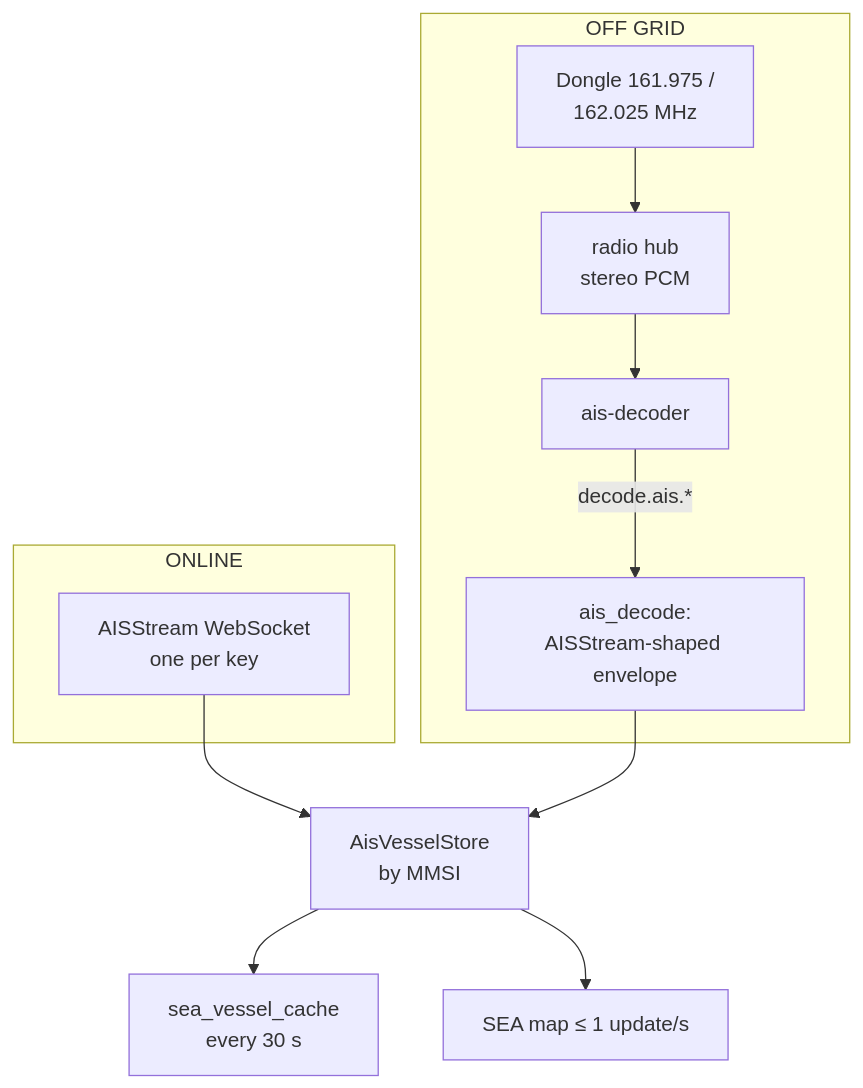
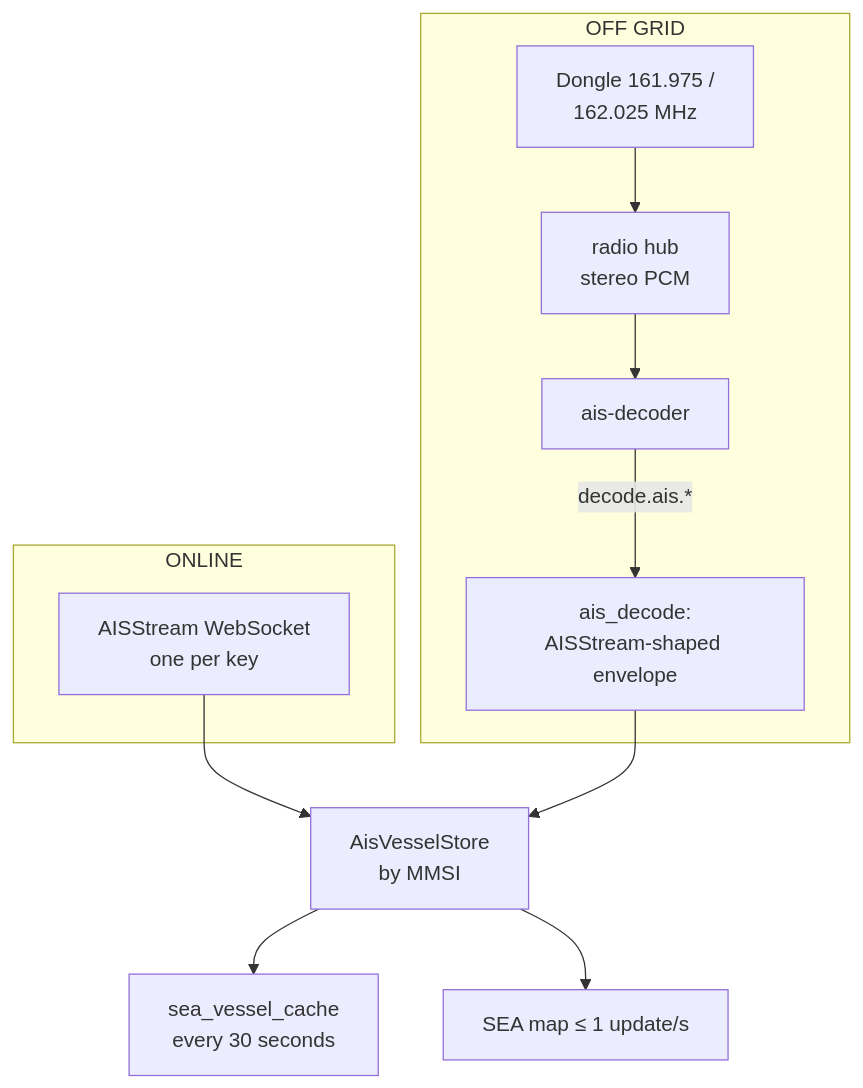
The third of 5 diagrams in docs/architecture/data-flows.md (barrygee/Sentinel), drawn with Mermaid before and after one commit. The commit also changed 50 other files, not shown here.

````diff
--- a/docs/architecture/data-flows.md
+++ b/docs/architecture/data-flows.md
@@ -60,16 +60,16 @@
 ```mermaid
 flowchart TB
     subgraph seaOnline["ONLINE"]
         aisstream["AISStream WebSocket<br/>one per key"]
     end
     subgraph seaOffgrid["OFF GRID"]
         dongle["Dongle 161.975 /<br/>162.025 MHz"] --> hub["radio hub<br/>stereo PCM"] --> dec["ais-decoder"]
         dec -- "decode.ais.*" --> adapter["ais_decode:<br/>AISStream-shaped envelope"]
     end
     aisstream --> store["AisVesselStore<br/>by MMSI"]
     adapter --> store
-    store --> snap["sea_vessel_cache<br/>every 30 s"]
+    store --> snap["sea_vessel_cache<br/>every 30 seconds"]
     store --> map["SEA map ≤ 1 update/s"]
     class seaOnline online
     class seaOffgrid offgrid
 ```
````
